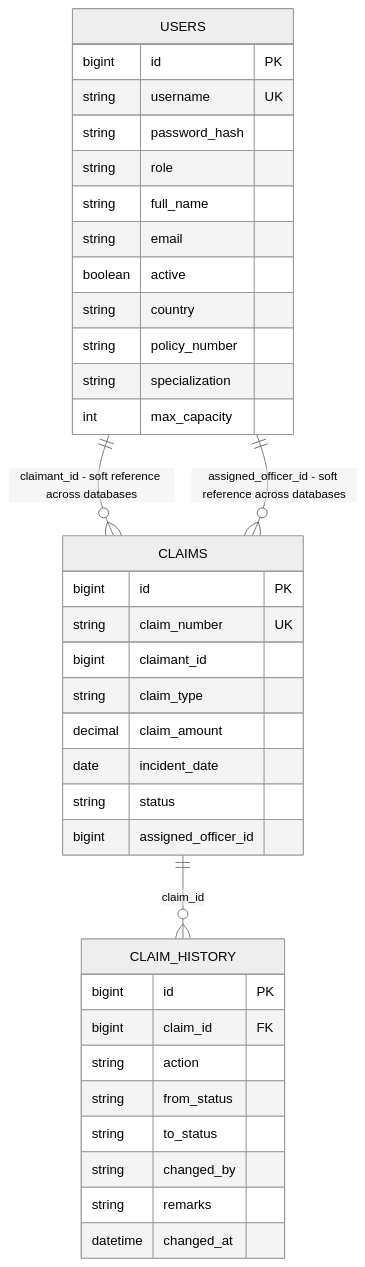
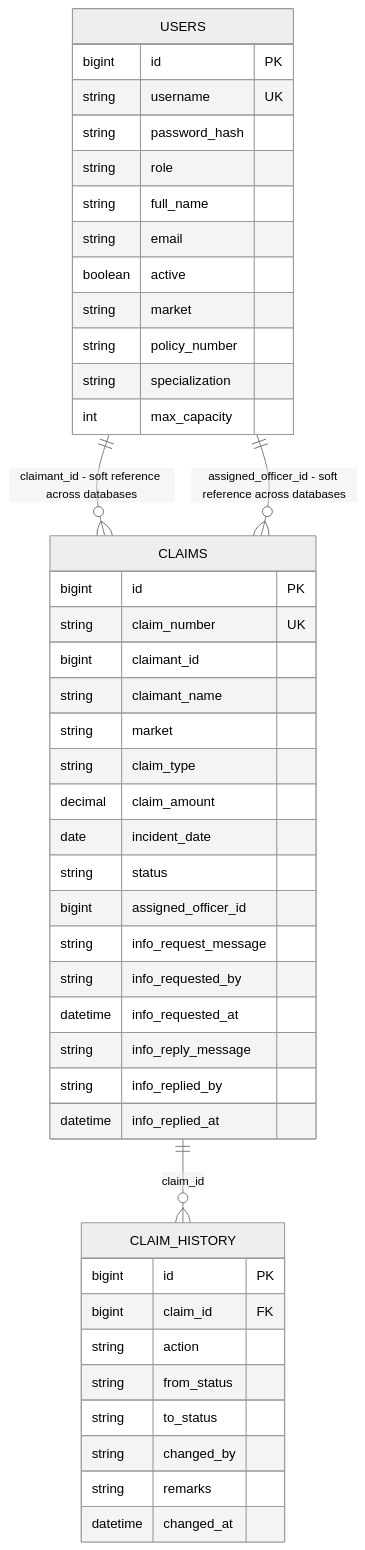
One commit to Sivasankar1814/Chubb_assessment changed the third of 3 diagrams in architecture.md. Above: the diagram before and after it, drawn with Mermaid (neutral theme). The commit also changed other lines of this file and 30 other files, not shown here.

````diff
--- a/architecture.md
+++ b/architecture.md
@@ -182,39 +189,47 @@
 ```mermaid
 erDiagram
     USERS {
         bigint id PK
         string username UK
         string password_hash
         string role
         string full_name
         string email
         boolean active
-        string country
+        string market
         string policy_number
         string specialization
         int max_capacity
     }
     CLAIMS {
         bigint id PK
         string claim_number UK
         bigint claimant_id
+        string claimant_name
+        string market
         string claim_type
         decimal claim_amount
         date incident_date
         string status
         bigint assigned_officer_id
+        string info_request_message
+        string info_requested_by
+        datetime info_requested_at
+        string info_reply_message
+        string info_replied_by
+        datetime info_replied_at
     }
     CLAIM_HISTORY {
         bigint id PK
         bigint claim_id FK
         string action
         string from_status
         string to_status
         string changed_by
         string remarks
         datetime changed_at
     }
     USERS ||--o{ CLAIMS : "claimant_id - soft reference across databases"
     USERS ||--o{ CLAIMS : "assigned_officer_id - soft reference across databases"
     CLAIMS ||--o{ CLAIM_HISTORY : "claim_id"
 ```
````
